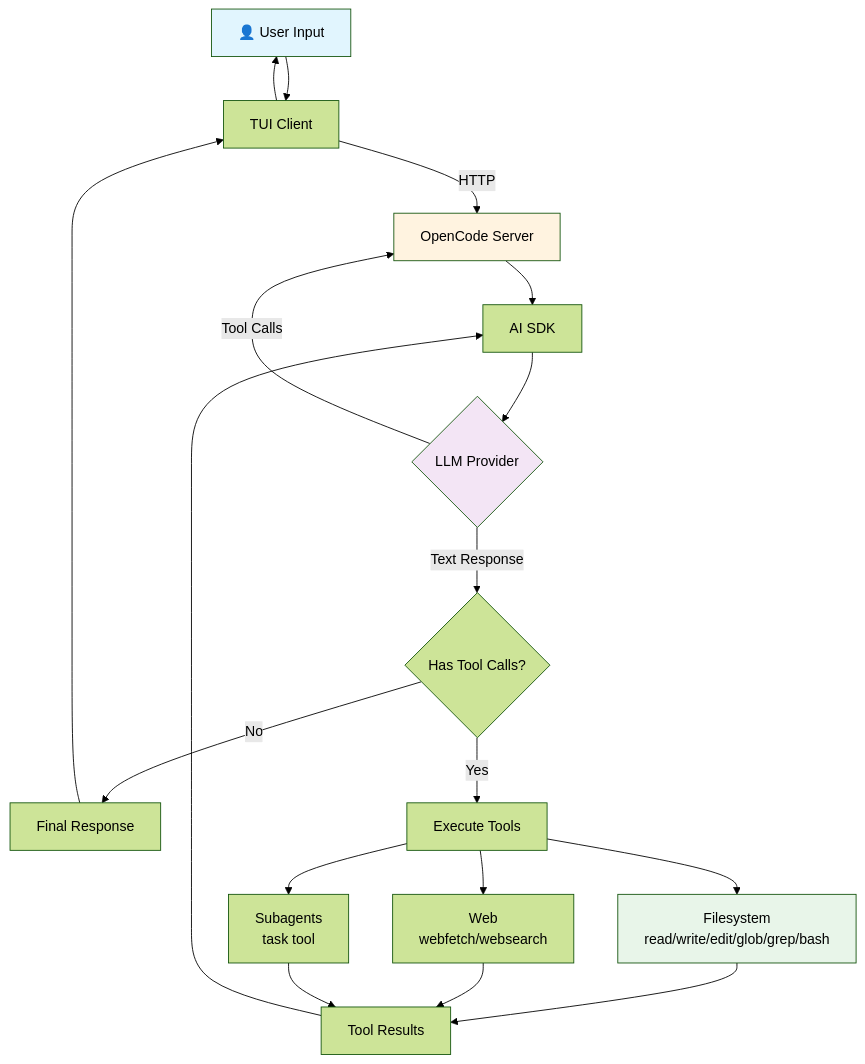
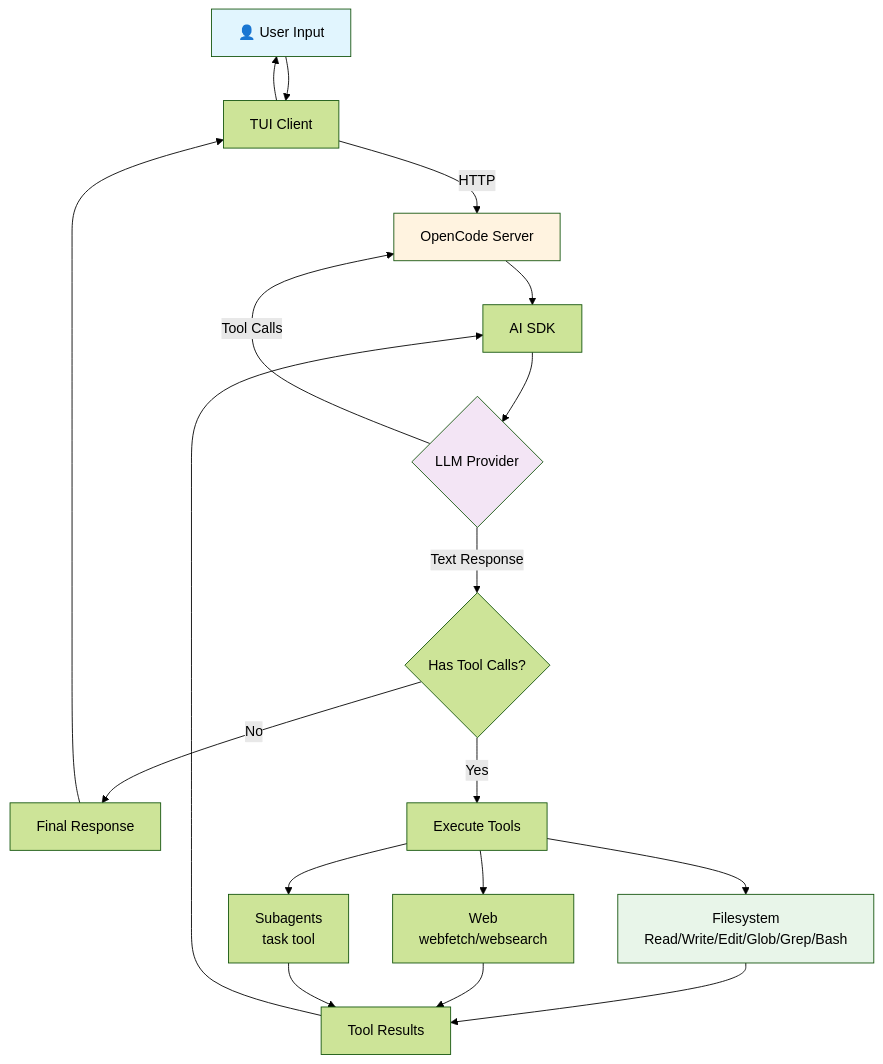
Before and after one commit to hencter/Nova: the diagram in concepts/opencode-architecture.md, drawn with Mermaid (forest theme). The commit also changed other lines of this file and 30 other files, not shown here.

````diff
--- a/concepts/opencode-architecture.md
+++ b/concepts/opencode-architecture.md
@@ -43,25 +43,25 @@
 ```mermaid
 flowchart TD
     U[👤 User Input] --> TUI[TUI Client]
     TUI -->|HTTP| SVR[OpenCode Server]
     SVR --> SDK[AI SDK]
     SDK --> LLM{LLM Provider}
     LLM -->|Text Response| TOOL{Has Tool Calls?}
     LLM -->|Tool Calls| SVR
     TOOL -->|No| RESP[Final Response]
     TOOL -->|Yes| EXEC[Execute Tools]
-    EXEC --> FS[Filesystem<br/>read/write/edit/glob/grep/bash]
+    EXEC --> FS[Filesystem<br/>Read/Write/Edit/Glob/Grep/Bash]
     EXEC --> WEB[Web<br/>webfetch/websearch]
     EXEC --> TASK[Subagents<br/>task tool]
     FS --> RESULT[Tool Results]
     WEB --> RESULT
     TASK --> RESULT
     RESULT --> SDK
     RESP --> TUI
     TUI --> U
 
     style U fill:#e1f5fe
     style SVR fill:#fff3e0
     style LLM fill:#f3e5f5
     style FS fill:#e8f5e9
 ```
````
